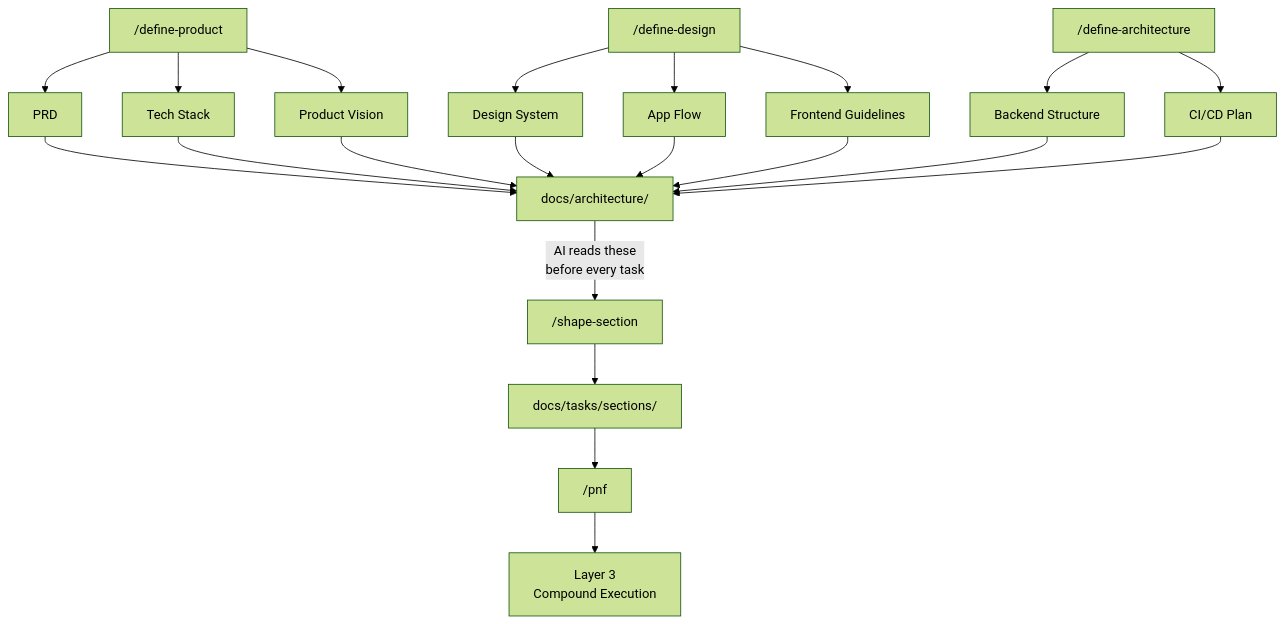
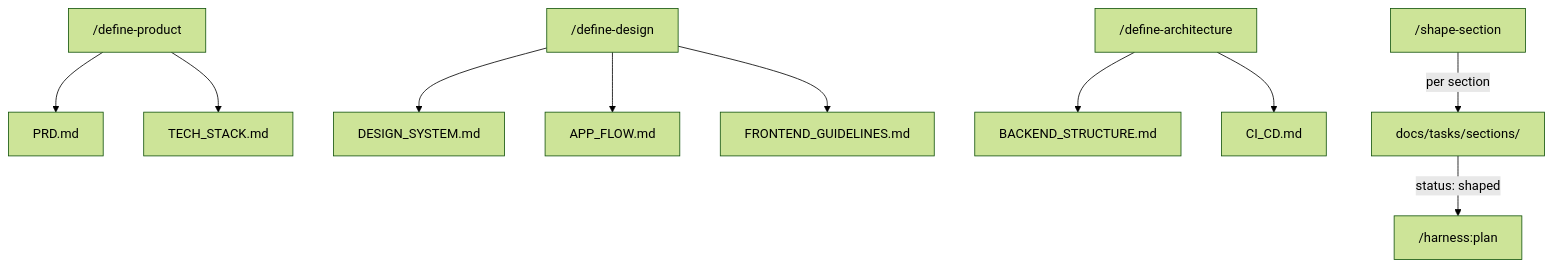
The third of 8 diagrams in docs/guides/METHODOLOGY.md (builtform/launchpad), drawn with Mermaid (forest theme) before and after one commit. The commit also changed other lines of this file and 11 other files, not shown here.

````diff
--- a/docs/guides/METHODOLOGY.md
+++ b/docs/guides/METHODOLOGY.md
@@ -237,44 +170,27 @@
 ```mermaid
 flowchart TD
     DP["/define-product"]
     DD["/define-design"]
     DA["/define-architecture"]
+    SS["/shape-section"]
 
-    PRD["PRD"]
-    TECH["Tech Stack"]
-    VISION["Product Vision"]
-    DESIGN["Design System"]
-    FLOW["App Flow"]
-    BACKEND["Backend Structure"]
-    FRONTEND["Frontend Guidelines"]
-    CICD["CI/CD Plan"]
-
-    ARCH["docs/architecture/"]
-    SS["/shape-section"]
+    PRD["PRD.md"]
+    TECH["TECH_STACK.md"]
+    DESIGN["DESIGN_SYSTEM.md"]
+    FLOW["APP_FLOW.md"]
+    FE["FRONTEND_GUIDELINES.md"]
+    BE["BACKEND_STRUCTURE.md"]
+    CICD["CI_CD.md"]
     SECTIONS["docs/tasks/sections/"]
-    PNF["/pnf"]
-    L3["Layer 3\nCompound Execution"]
 
     DP --> PRD
     DP --> TECH
-    DP --> VISION
     DD --> DESIGN
     DD --> FLOW
-    DD --> FRONTEND
-    DA --> BACKEND
+    DD --> FE
+    DA --> BE
     DA --> CICD
+    SS -->|"per section"| SECTIONS
 
-    PRD --> ARCH
-    TECH --> ARCH
-    VISION --> ARCH
-    DESIGN --> ARCH
-    FLOW --> ARCH
-    BACKEND --> ARCH
-    FRONTEND --> ARCH
-    CICD --> ARCH
-
-    ARCH -->|"AI reads these\nbefore every task"| SS
-    SS --> SECTIONS
-    SECTIONS --> PNF
-    PNF --> L3
+    SECTIONS -->|"status: shaped"| PLAN["/harness:plan"]
 ```
````
